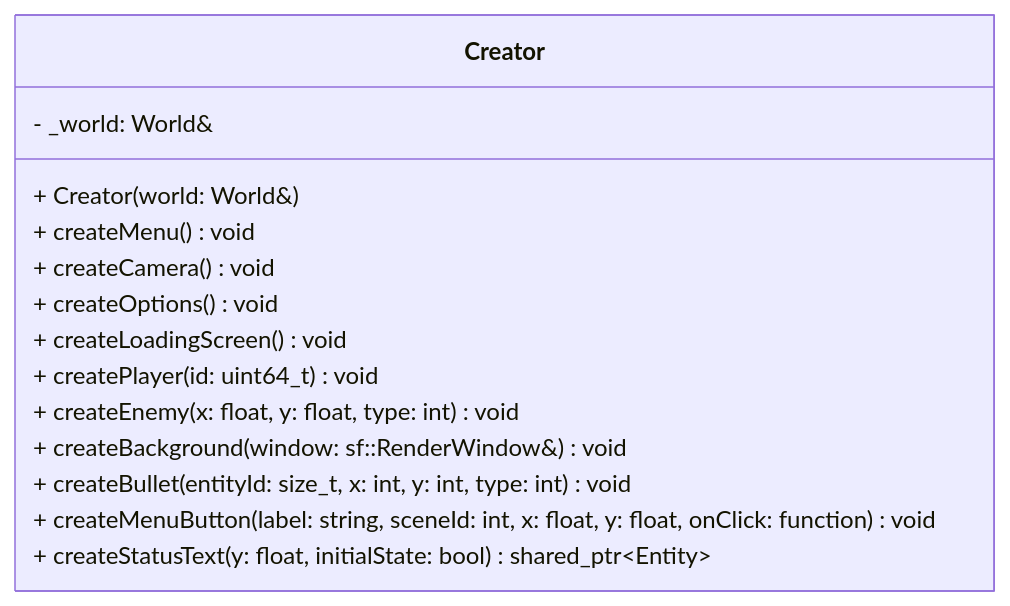
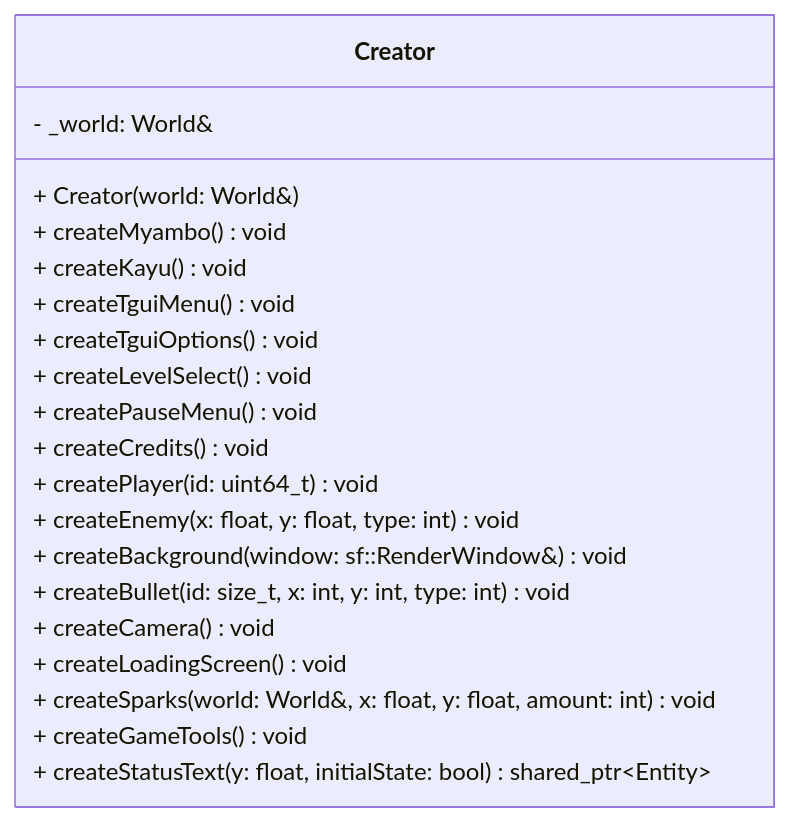
Before and after one commit to MYAMBO/R-Type: the diagram in docs/Game/Creator.md, drawn with Mermaid. The commit also changed other lines of this file and 2 other files, not shown here.

Commit message:
feat(Client): add music entity for be able to change it

````diff
--- a/docs/Game/Creator.md
+++ b/docs/Game/Creator.md
@@ -44,17 +54,23 @@
 ```mermaid
 classDiagram
   class Creator {
     - _world: World&
     + Creator(world: World&)
-    + createMenu() void
-    + createCamera() void
-    + createOptions() void
-    + createLoadingScreen() void
+    + createMyambo() void
+    + createKayu() void
+    + createTguiMenu() void
+    + createTguiOptions() void
+    + createLevelSelect() void
+    + createPauseMenu() void
+    + createCredits() void
     + createPlayer(id: uint64_t) void
     + createEnemy(x: float, y: float, type: int) void
     + createBackground(window: sf::RenderWindow&) void
-    + createBullet(entityId: size_t, x: int, y: int, type: int) void
-    + createMenuButton(label: string, sceneId: int, x: float, y: float, onClick: function) void
+    + createBullet(id: size_t, x: int, y: int, type: int) void
+    + createCamera() void
+    + createLoadingScreen() void
+    + createSparks(world: World&, x: float, y: float, amount: int) void
+    + createGameTools() void
     + createStatusText(y: float, initialState: bool) shared_ptr~Entity~
   }
 ```
````
